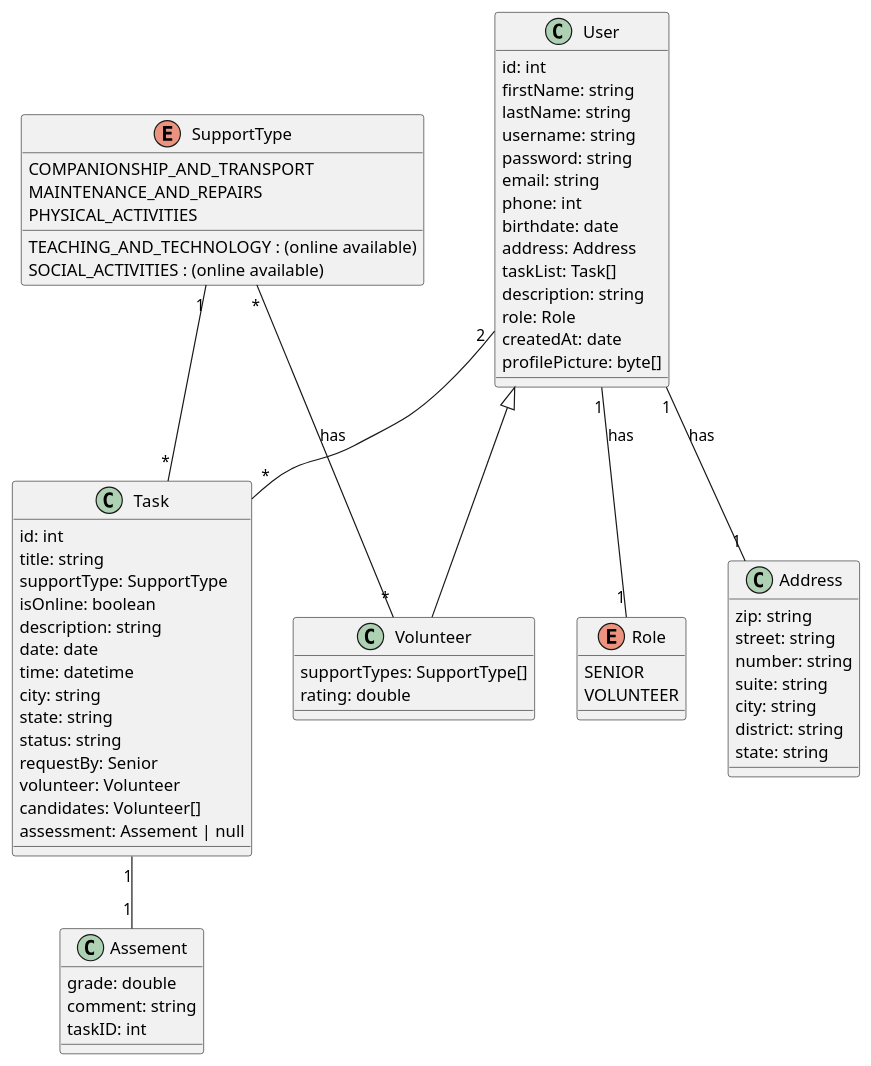
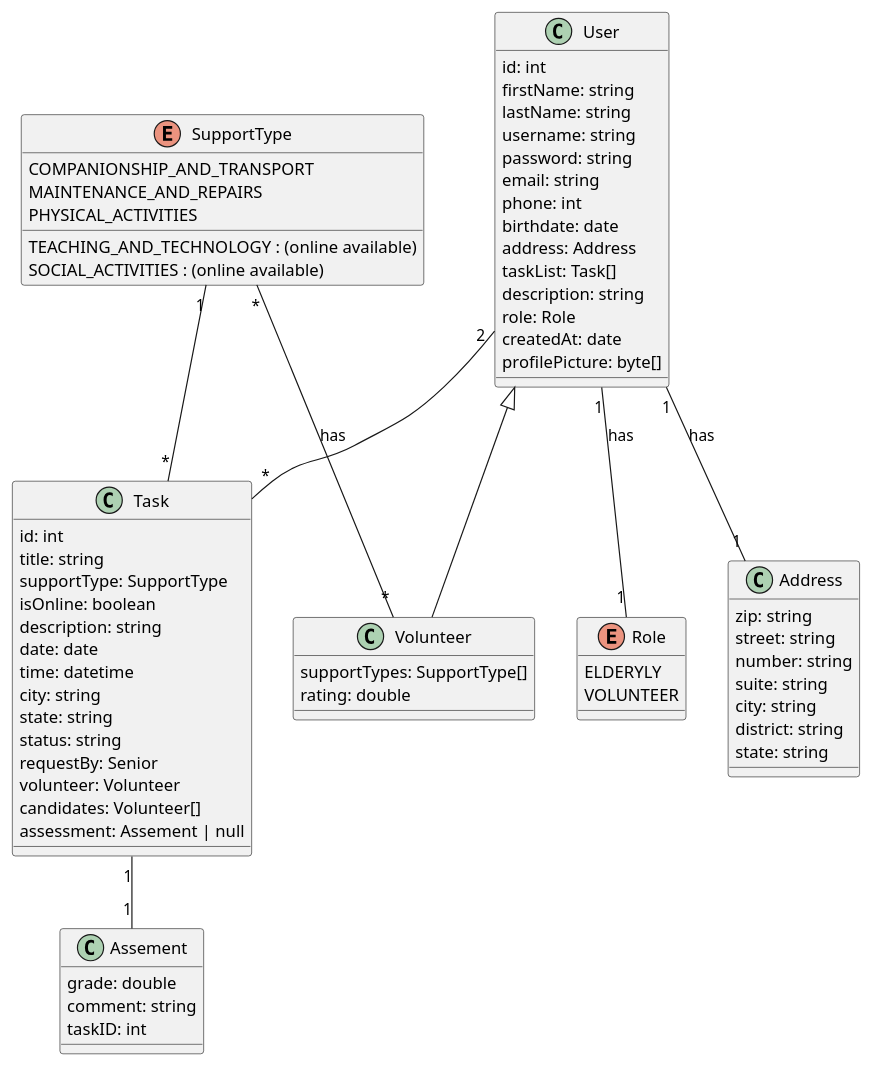
The diagram in Diagrama.puml (StartDB/db-desafio-rachel-gustavo), drawn with PlantUML before and after one commit.

```diff
--- a/Diagrama.puml
+++ b/Diagrama.puml
@@ -1,78 +1,78 @@
 @startuml
 class User {
   id: int
   firstName: string
   lastName: string
   username: string
   password: string
   email: string
   phone: int
   birthdate: date
   address: Address
   taskList: Task[]
   description: string
   role: Role
   createdAt: date
   profilePicture: byte[]
 }
 
 class Volunteer {
  supportTypes: SupportType[]
  rating: double
 }
 
 class Task {
   id: int
   title: string
   supportType: SupportType
   isOnline: boolean
   description: string
   date: date
   time: datetime
   city: string
   state: string
   status: string
   requestBy: Senior
   volunteer: Volunteer
   candidates: Volunteer[]
   assessment: Assement | null
 }
 
 class Address {
   zip: string
   street: string
   number: string
   suite: string
   city: string
   district: string
   state: string
 }
 
 class Assement {
   grade: double
   comment: string
   taskID: int
 } 
 
 enum Role {
-  SENIOR
+  ELDERYLY
   VOLUNTEER
 }
 
 enum SupportType {
   COMPANIONSHIP_AND_TRANSPORT
   MAINTENANCE_AND_REPAIRS
   TEACHING_AND_TECHNOLOGY : (online available)
   SOCIAL_ACTIVITIES : (online available)
   PHYSICAL_ACTIVITIES
 }
 
 Task "1" -- "1" Assement
 SupportType "1" -- "*" Task
 SupportType "*" -- "*" Volunteer : has
 User "2" -- "*" Task
 User "1" -- "1" Role : has
 User "1" -- "1" Address : has
 User <|-- Volunteer
 
 @enduml
```
